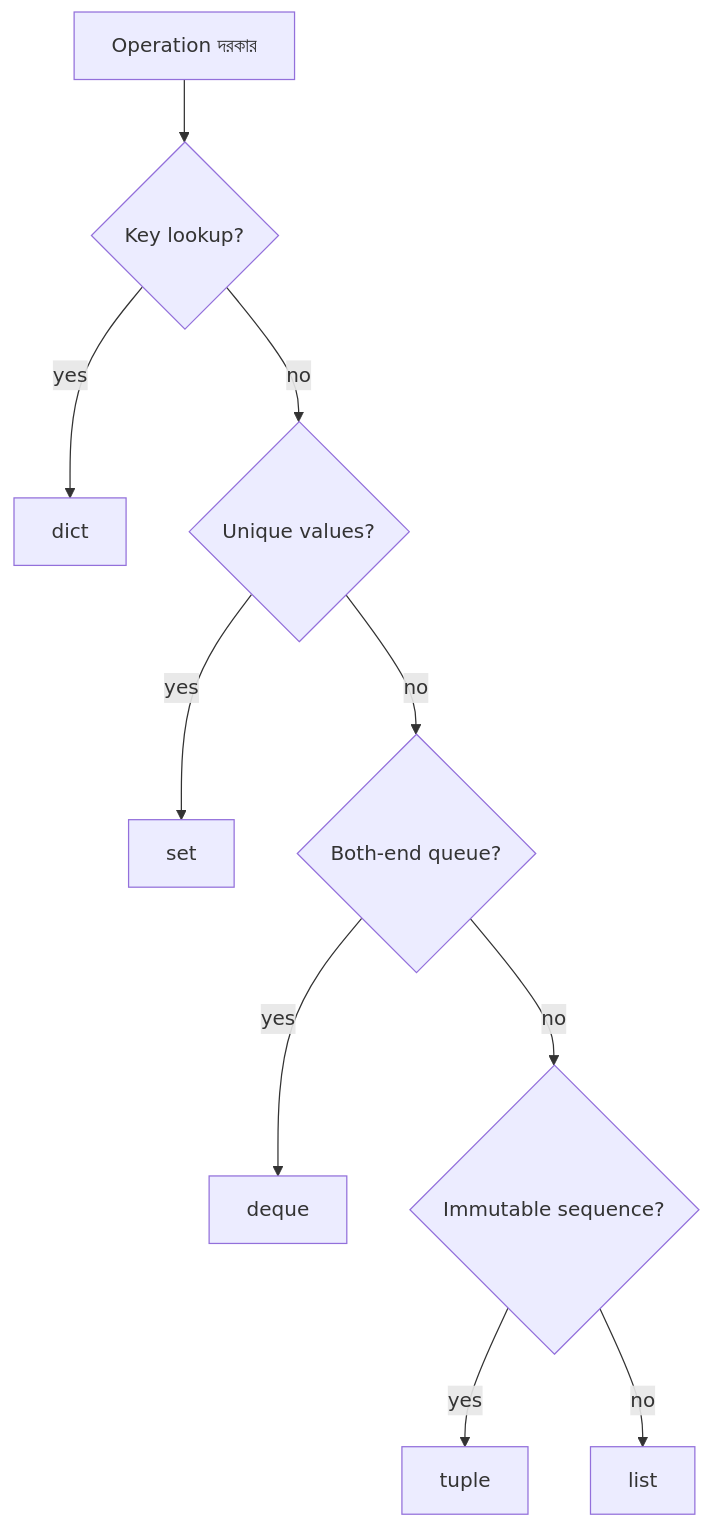
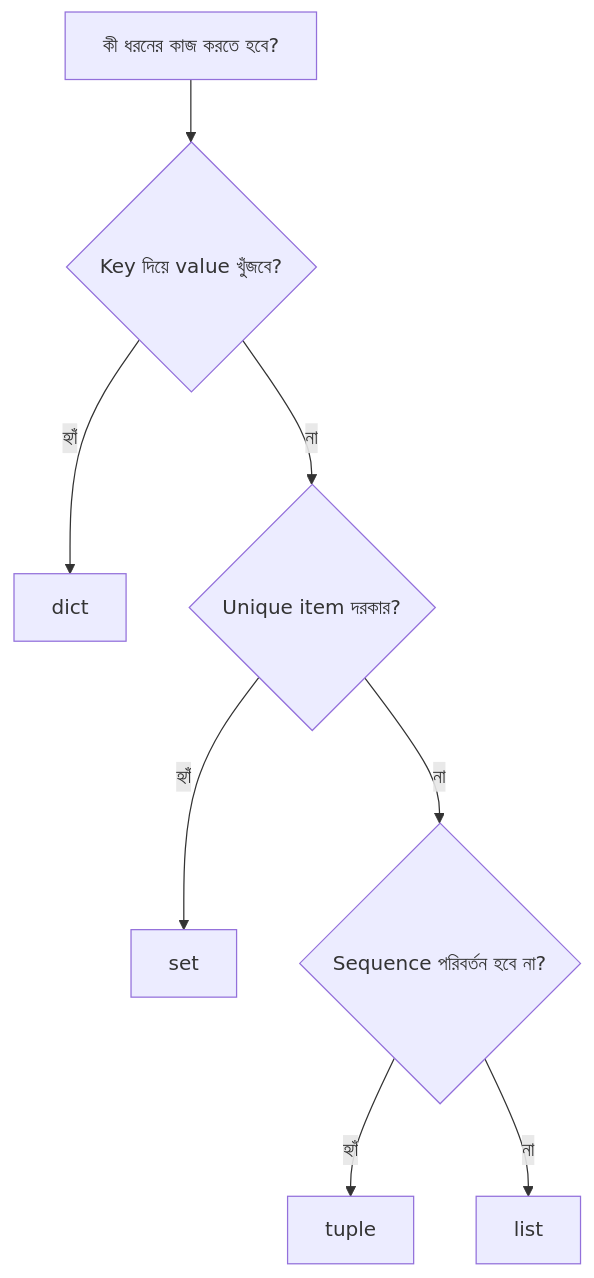
Before and after one commit to shomi-khan/preparation: the first of 10 diagrams in day1/02-data-structures/README.md, drawn with Mermaid. The commit also changed other lines of this file, not shown here.

````diff
--- a/day1/02-data-structures/README.md
+++ b/day1/02-data-structures/README.md
@@ -167,12 +20,10 @@
-```mermaid
+~~~mermaid
 flowchart TD
- A["Operation দরকার"] --> B{"Key lookup?"}
- B -->|yes| D["dict"]
- B -->|no| C{"Unique values?"}
- C -->|yes| E["set"]
- C -->|no| F{"Both-end queue?"}
- F -->|yes| G["deque"]
- F -->|no| H{"Immutable sequence?"}
- H -->|yes| I["tuple"]
- H -->|no| J["list"]
-```
+    A["কী ধরনের কাজ করতে হবে?"] --> B{"Key দিয়ে value খুঁজবে?"}
+    B -->|হ্যাঁ| D["dict"]
+    B -->|না| C{"Unique item দরকার?"}
+    C -->|হ্যাঁ| E["set"]
+    C -->|না| F{"Sequence পরিবর্তন হবে না?"}
+    F -->|হ্যাঁ| G["tuple"]
+    F -->|না| H["list"]
+~~~
````
